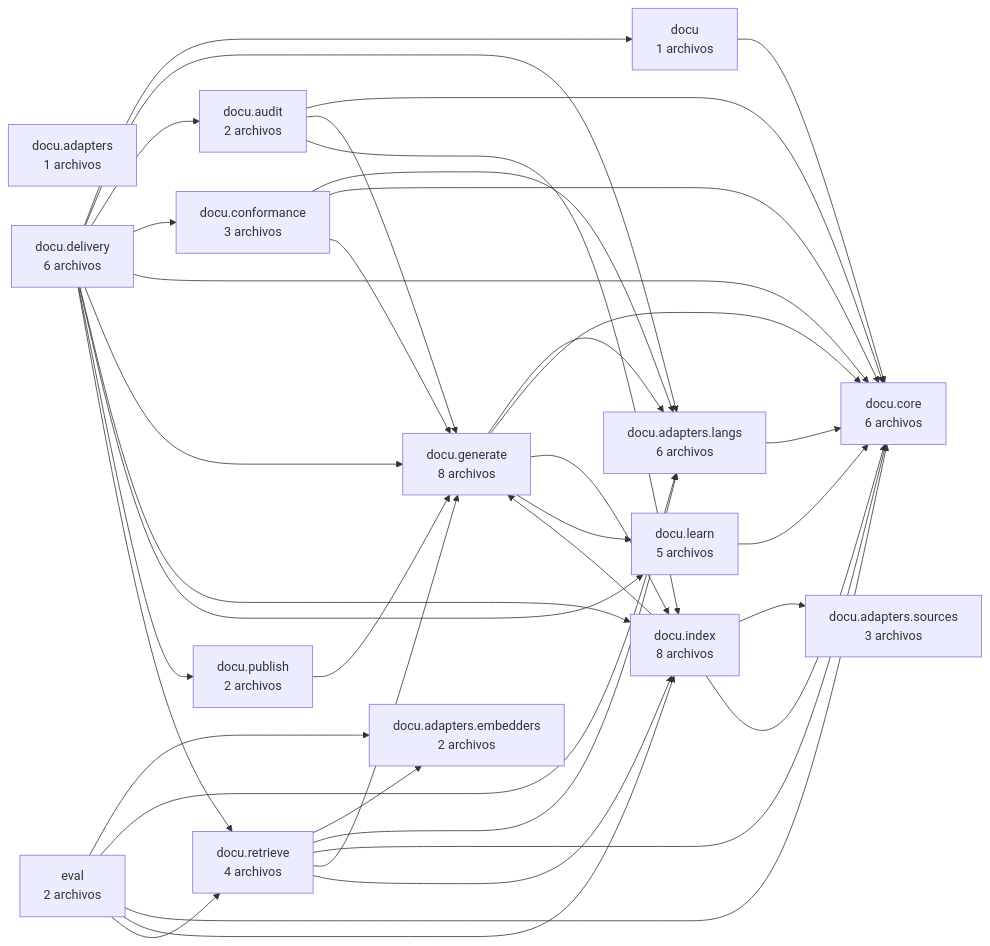
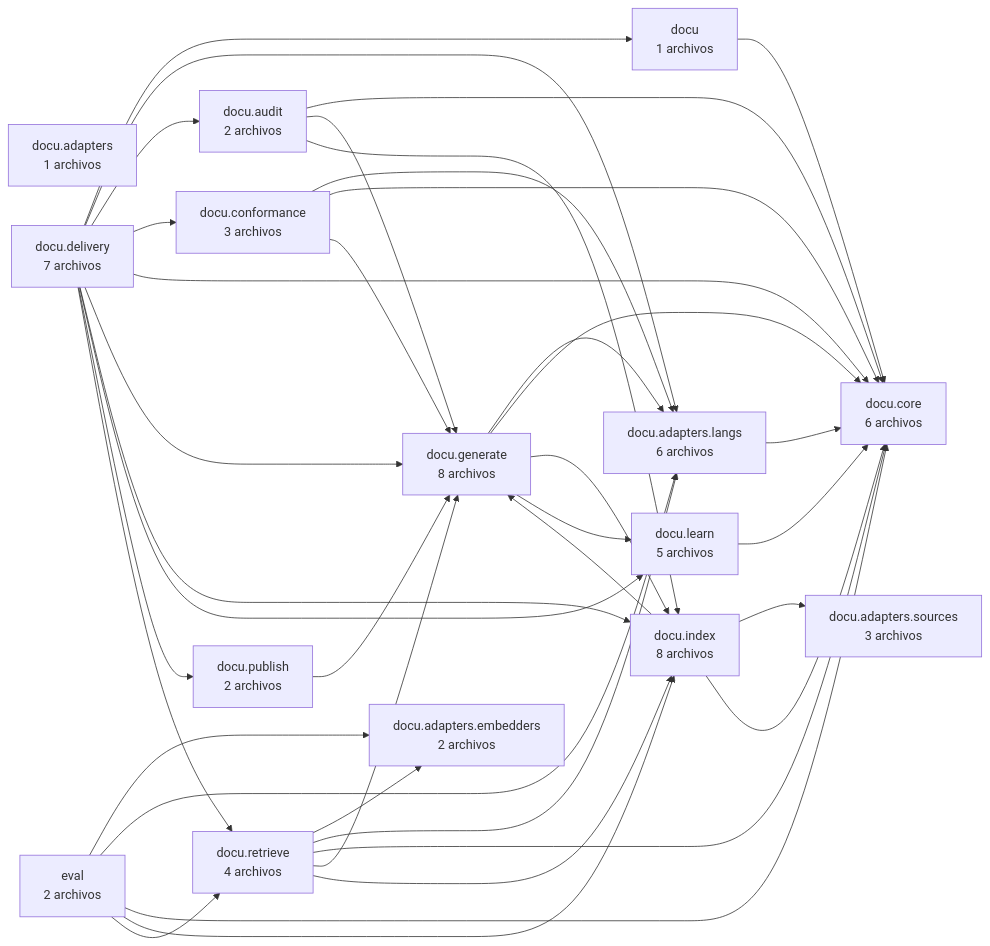
One commit to CharlyZeta/Docu changed the first of 5 diagrams in docs/generated/l1-manual-tecnico.md. Above: the diagram before and after it, drawn with Mermaid. The commit also changed other lines of this file and 13 other files, not shown here.

````diff
--- a/docs/generated/l1-manual-tecnico.md
+++ b/docs/generated/l1-manual-tecnico.md
@@ -111,55 +111,55 @@
 ```mermaid
 flowchart LR
     docu["docu<br/>1 archivos"]
     docu_adapters["docu.adapters<br/>1 archivos"]
     docu_adapters_embedders["docu.adapters.embedders<br/>2 archivos"]
     docu_adapters_langs["docu.adapters.langs<br/>6 archivos"]
     docu_adapters_sources["docu.adapters.sources<br/>3 archivos"]
     docu_audit["docu.audit<br/>2 archivos"]
     docu_conformance["docu.conformance<br/>3 archivos"]
     docu_core["docu.core<br/>6 archivos"]
-    docu_delivery["docu.delivery<br/>6 archivos"]
+    docu_delivery["docu.delivery<br/>7 archivos"]
     docu_generate["docu.generate<br/>8 archivos"]
     docu_index["docu.index<br/>8 archivos"]
     docu_learn["docu.learn<br/>5 archivos"]
     docu_publish["docu.publish<br/>2 archivos"]
     docu_retrieve["docu.retrieve<br/>4 archivos"]
     eval["eval<br/>2 archivos"]
     docu --> docu_core
     docu_adapters_langs --> docu_core
     docu_audit --> docu_core
     docu_audit --> docu_generate
     docu_audit --> docu_index
     docu_conformance --> docu_adapters_langs
     docu_conformance --> docu_core
     docu_conformance --> docu_generate
     docu_delivery --> docu
     docu_delivery --> docu_adapters_langs
     docu_delivery --> docu_audit
     docu_delivery --> docu_conformance
     docu_delivery --> docu_core
     docu_delivery --> docu_generate
     docu_delivery --> docu_index
     docu_delivery --> docu_learn
     docu_delivery --> docu_publish
     docu_delivery --> docu_retrieve
     docu_generate --> docu_adapters_langs
     docu_generate --> docu_core
     docu_generate --> docu_index
     docu_generate --> docu_learn
     docu_index --> docu_adapters_sources
     docu_index --> docu_core
     docu_index --> docu_generate
     docu_learn --> docu_core
     docu_publish --> docu_generate
     docu_retrieve --> docu_adapters_embedders
     docu_retrieve --> docu_adapters_langs
     docu_retrieve --> docu_core
     docu_retrieve --> docu_generate
     docu_retrieve --> docu_index
     eval --> docu_adapters_embedders
     eval --> docu_adapters_langs
     eval --> docu_core
     eval --> docu_index
     eval --> docu_retrieve
 ```
````
